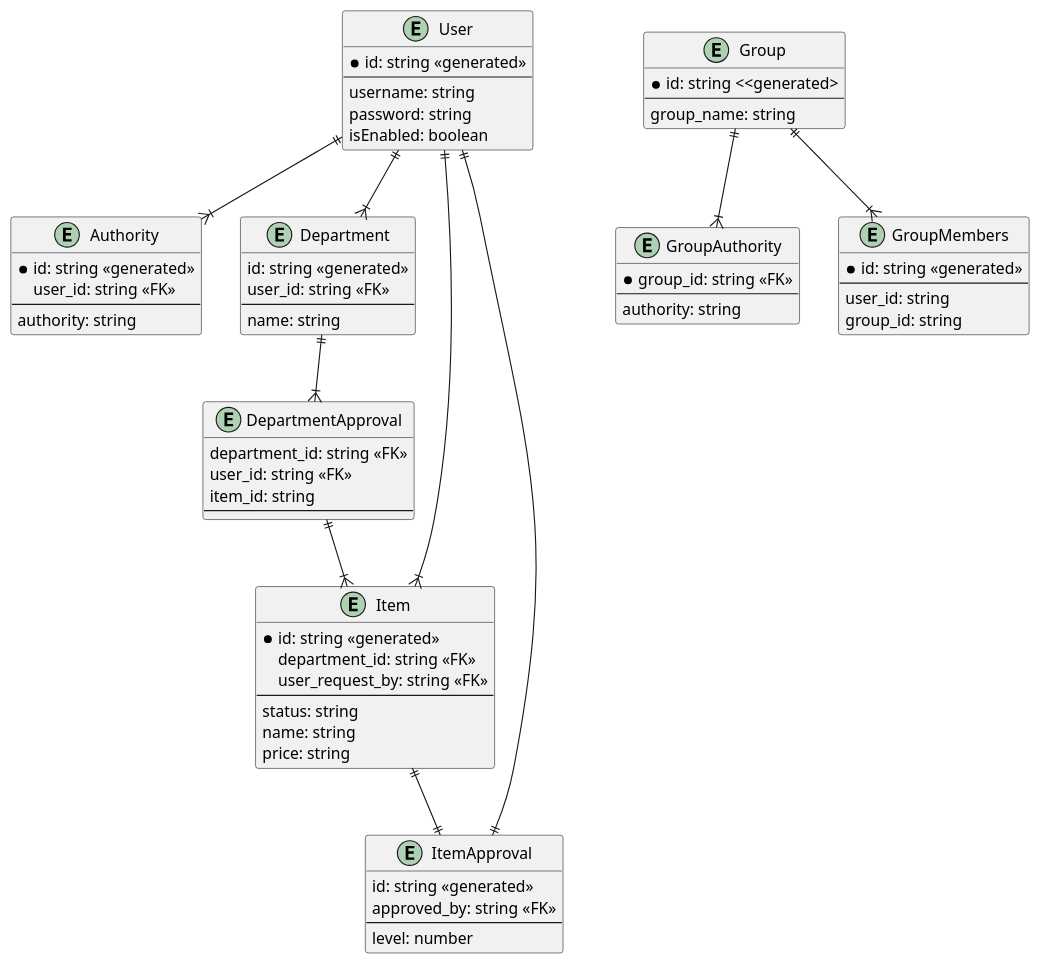
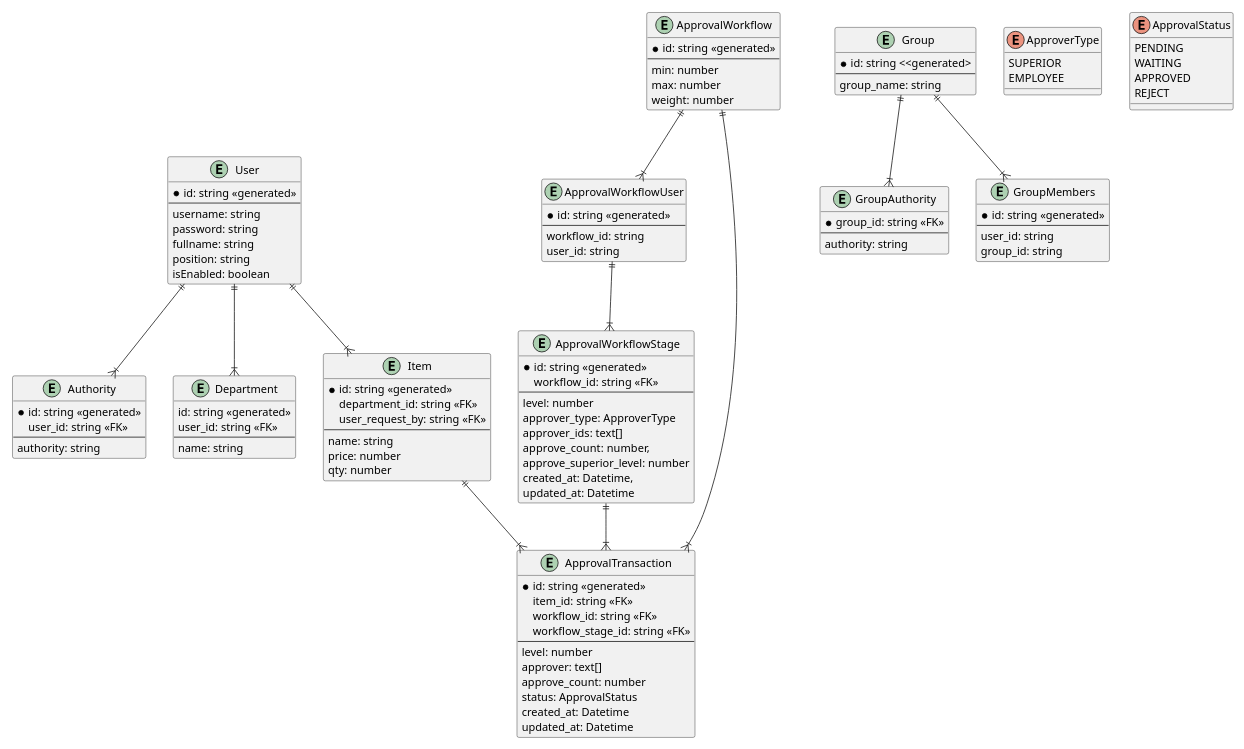
One commit to putra4648/my-erp changed the diagram in ent.puml. Above: the diagram before and after it, drawn with PlantUML.

Commit message:
:sparkles: chore: update approval diagram

```diff
--- a/ent.puml
+++ b/ent.puml
@@ -1,80 +1,128 @@
 @startuml
+'https://www.coderbased.com/p/multi-level-approval-system-design'
+
+scale 0.7
 entity User {
     * id: string <<generated>>
     --
     username: string
     password: string
+    fullname: string
+    position: string
     isEnabled: boolean
 }
 
 entity Authority {
     * id: string <<generated>>
     user_id: string <<FK>>
     --
     authority: string
 }
 
 entity Group {
     * id: string <<generated>
     --
     group_name: string
 }
 
 entity GroupAuthority {
     * group_id: string <<FK>>
     --
     authority: string
 }
 
 entity GroupMembers {
     * id: string <<generated>>
     --
     user_id: string
     group_id: string
 }
 
 entity Department {
     id: string <<generated>>
     user_id: string <<FK>>
     --
     name: string
 }
 
 entity Item {
     * id: string <<generated>>
     department_id: string <<FK>>
     user_request_by: string <<FK>>
     --
-    status: string
     name: string
-    price: string
+    price: number
+    qty: number
 }
 
-entity ItemApproval {
-    id: string <<generated>>
-    approved_by: string <<FK>>
+entity ApprovalWorkflow {
+    * id: string <<generated>>
+    --
+    min: number
+    max: number
+    weight: number
+}
+
+entity ApprovalWorkflowUser {
+    * id: string <<generated>>
+    --
+    workflow_id: string
+    user_id: string
+}
+
+entity ApprovalWorkflowStage {
+    * id: string <<generated>>
+    workflow_id: string <<FK>>
+    ---
+    level: number
+    approver_type: ApproverType
+    approver_ids: text[]
+    approve_count: number,
+    approve_superior_level: number
+    created_at: Datetime,
+    updated_at: Datetime
+}
+
+entity ApprovalTransaction {
+    * id: string <<generated>>
+    item_id: string <<FK>>
+    workflow_id: string <<FK>>
+    workflow_stage_id: string <<FK>>
     --
     level: number
+    approver: text[]
+    approve_count: number
+    status: ApprovalStatus
+    created_at: Datetime
+    updated_at: Datetime
 }
 
-entity DepartmentApproval {
-    department_id: string <<FK>>
-    user_id: string <<FK>>
-    item_id: string
-    --
+enum ApproverType {
+    SUPERIOR
+    EMPLOYEE
 }
+
+enum ApprovalStatus {
+    PENDING
+    WAITING
+    APPROVED
+    REJECT
+}
+
+
 
 User ||--|{ Authority
 User ||--|{ Department
 User ||--|{ Item
 
 Group ||--|{ GroupAuthority
 Group ||--|{ GroupMembers
 
-Department ||--|{ DepartmentApproval
-DepartmentApproval ||--|{ Item
+ApprovalWorkflow ||--|{ ApprovalWorkflowUser
+ApprovalWorkflowUser ||--|{ ApprovalWorkflowStage
+ApprovalWorkflowStage ||--|{ ApprovalTransaction
+Item ||--|{ ApprovalTransaction
+ApprovalWorkflow ||--|{ ApprovalTransaction
 
-Item ||--|| ItemApproval
-ItemApproval ||--|| User
 
 @enduml
```
